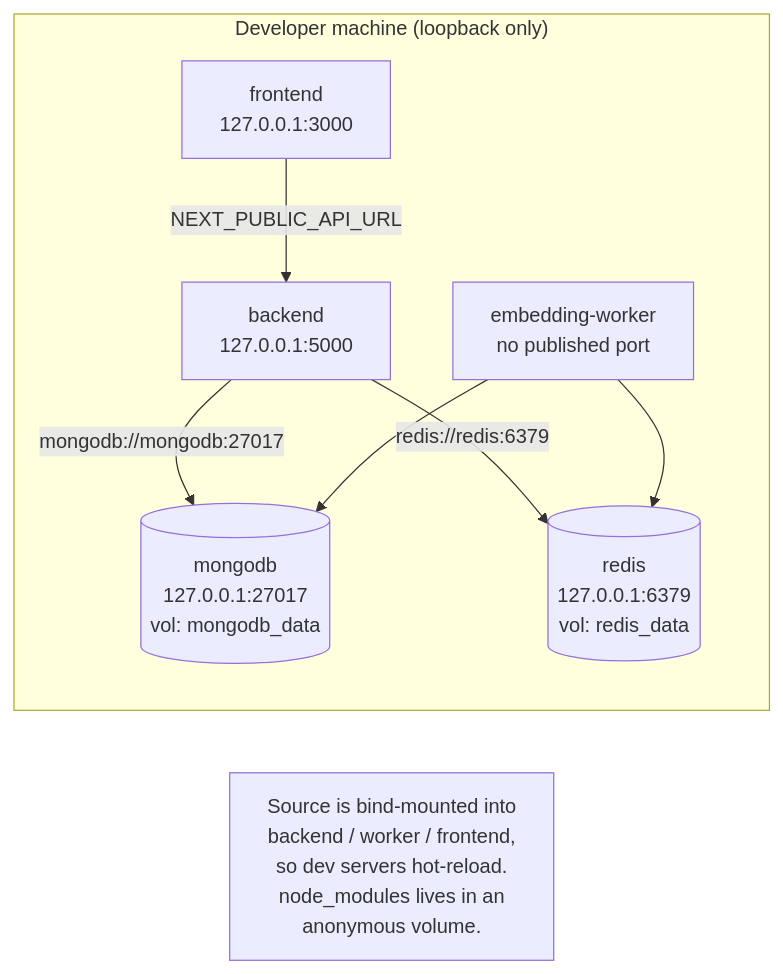
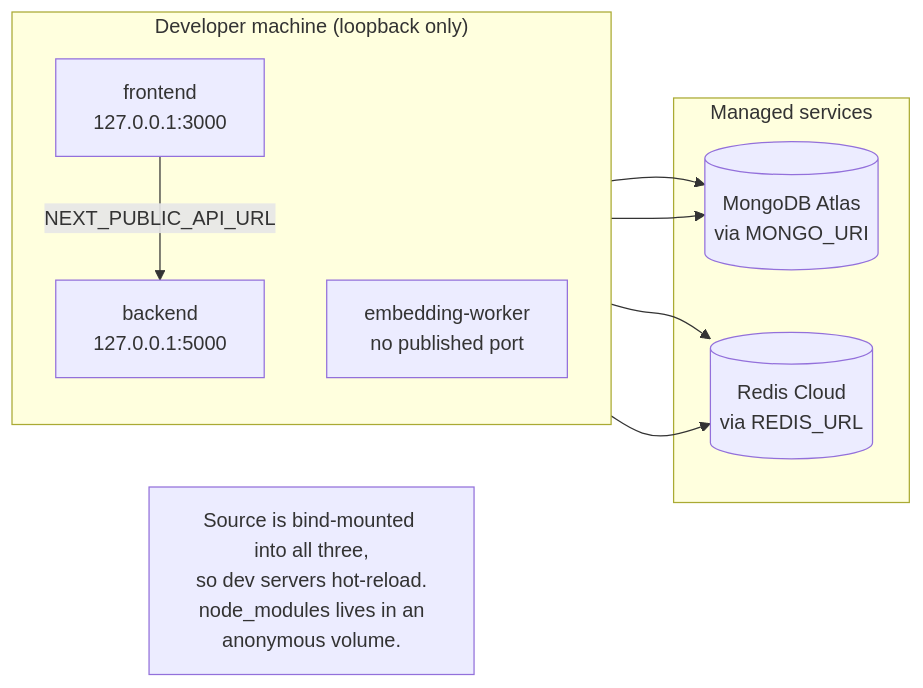
Before and after one commit to HitanshuDev/chatbot: the second of 8 diagrams in HLD.md, drawn with Mermaid. The commit also changed other lines of this file and 5 other files, not shown here.

Commit message:
feat: migrate from local MongoDB to MongoDB Atlas and update configuration

````diff
--- a/HLD.md
+++ b/HLD.md
@@ -71,19 +71,22 @@
 ```mermaid
 graph LR
     subgraph host["Developer machine (loopback only)"]
         direction TB
         FE["frontend<br/>127.0.0.1:3000"]
         BE["backend<br/>127.0.0.1:5000"]
         WK["embedding-worker<br/>no published port"]
-        DB[("mongodb<br/>127.0.0.1:27017<br/>vol: mongodb_data")]
-        RD[("redis<br/>127.0.0.1:6379<br/>vol: redis_data")]
+    end
+
+    subgraph managed["Managed services"]
+        DB[("MongoDB Atlas<br/>via MONGO_URI")]
+        RD[("Redis Cloud<br/>via REDIS_URL")]
     end
 
     FE -->|"NEXT_PUBLIC_API_URL"| BE
-    BE -->|"mongodb://mongodb:27017"| DB
-    BE -->|"redis://redis:6379"| RD
+    BE --> DB
+    BE --> RD
     WK --> DB
     WK --> RD
 
-    note["Source is bind-mounted into<br/>backend / worker / frontend,<br/>so dev servers hot-reload.<br/>node_modules lives in an<br/>anonymous volume."]
+    note["Source is bind-mounted into all three,<br/>so dev servers hot-reload.<br/>node_modules lives in an<br/>anonymous volume."]
 ```
````
